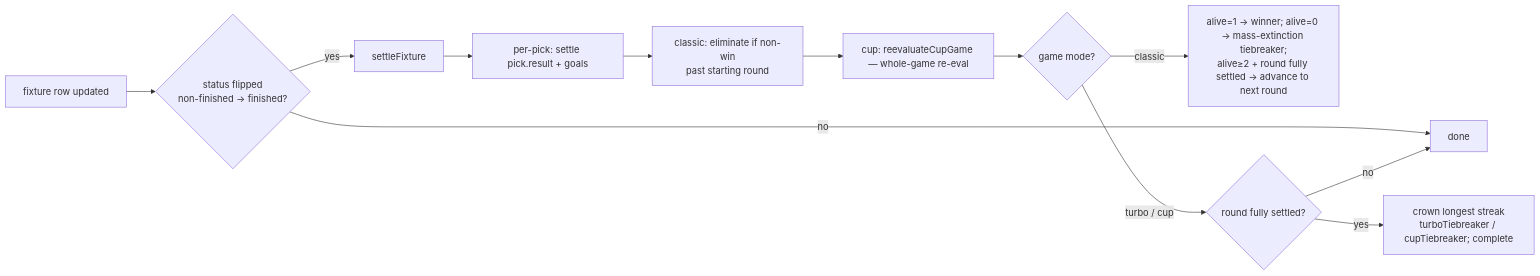
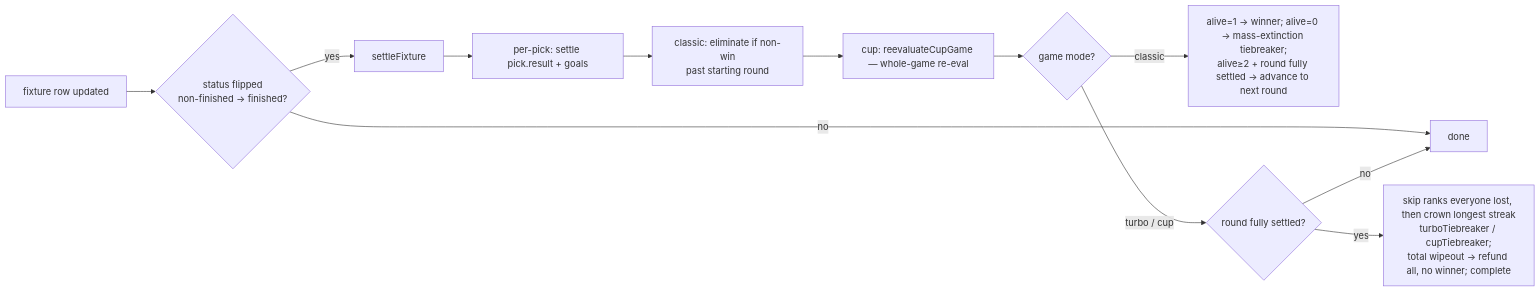
The first of 4 diagrams in docs/game-modes/README.md (lennons301/last-person-standing), drawn with Mermaid before and after one commit. The commit also changed other lines of this file and 9 other files, not shown here.

First line of the commit message:
fix(cup,turbo): wipeout rule — skip universal-loss ranks, refund total wipeout

````diff
--- a/docs/game-modes/README.md
+++ b/docs/game-modes/README.md
@@ -27,14 +27,14 @@
 ```mermaid
 flowchart LR
     A[fixture row updated] --> B{status flipped<br/>non-finished → finished?}
     B -->|no| Z[done]
     B -->|yes| C[settleFixture]
     C --> D[per-pick: settle pick.result + goals]
     D --> E[classic: eliminate if non-win<br/>past starting round]
     E --> F[cup: reevaluateCupGame — whole-game re-eval]
     F --> G{game mode?}
     G -->|classic| Gc[alive=1 → winner; alive=0 → mass-extinction tiebreaker;<br/>alive≥2 + round fully settled → advance to next round]
     G -->|turbo / cup| J{round fully settled?}
-    J -->|yes| K[crown longest streak<br/>turboTiebreaker / cupTiebreaker; complete]
+    J -->|yes| K[skip ranks everyone lost, then crown longest streak<br/>turboTiebreaker / cupTiebreaker;<br/>total wipeout → refund all, no winner; complete]
     J -->|no| Z
 ```
````
